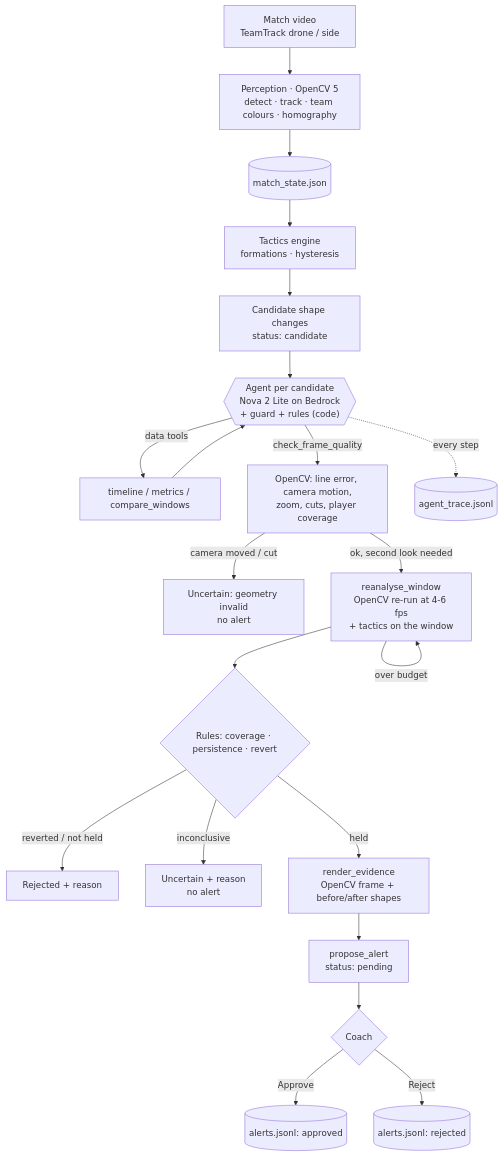
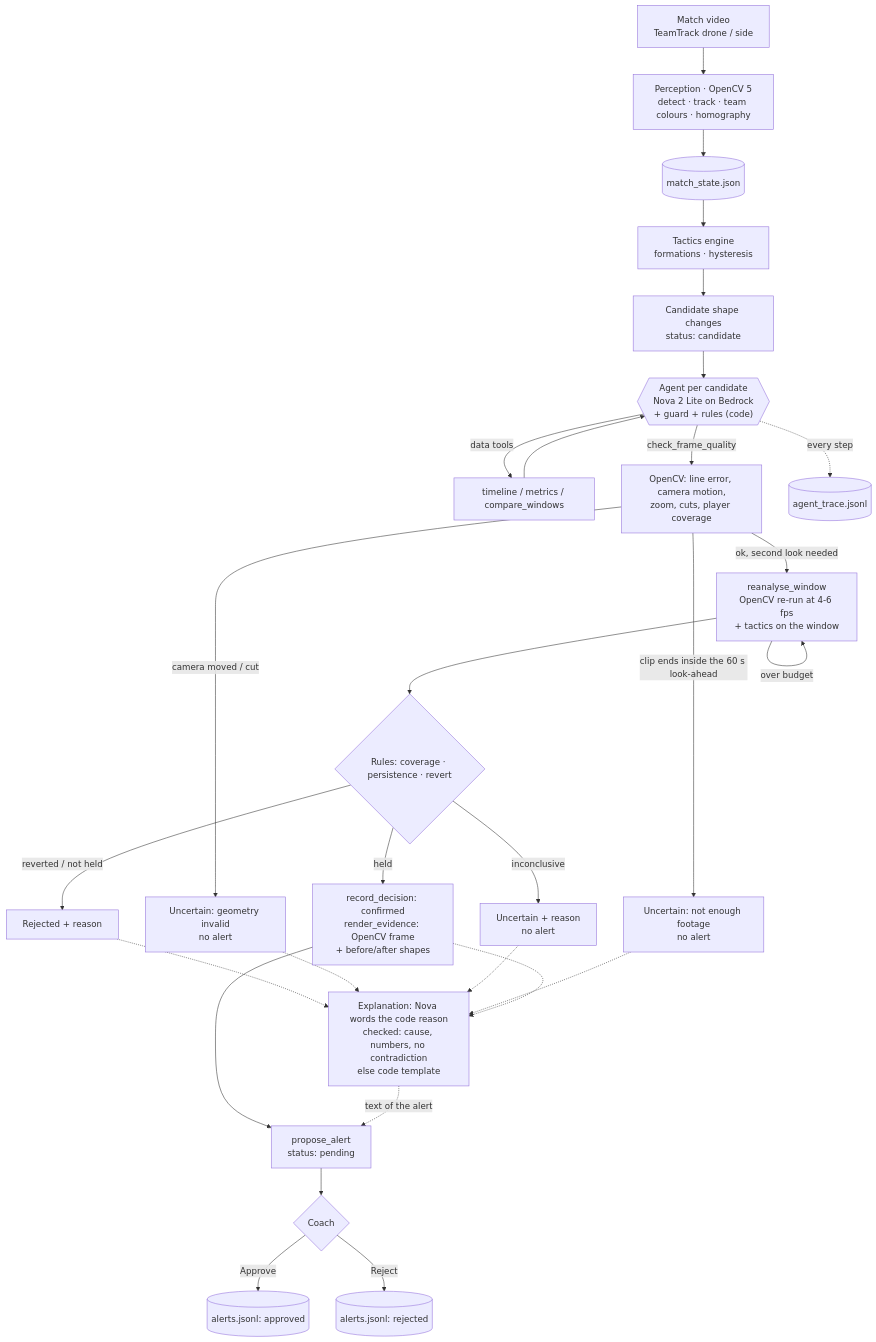
One commit to haiderchaudarry96-stack/Gaffer changed the diagram in docs/AGENT_DESIGN.md. Above: the diagram before and after it, drawn with Mermaid. The commit also changed other lines of this file and 15 other files, not shown here.

Commit message:
Phase 3 (step 7): checked explanations (7/14 -> 0/14 wrong), typical evidence panels, side reason, coach report, workflow diagram, trace examples, acceptance ticked; add samples/w900_1260 real outputs for the web app

````diff
--- a/docs/AGENT_DESIGN.md
+++ b/docs/AGENT_DESIGN.md
@@ -406,23 +409,26 @@
 ```mermaid
 flowchart TD
   V["Match video<br/>TeamTrack drone / side"] --> P["Perception · OpenCV 5<br/>detect · track · team colours · homography"]
   P --> MS[("match_state.json")]
   MS --> T["Tactics engine<br/>formations · hysteresis"]
   T --> C["Candidate shape changes<br/>status: candidate"]
   C --> L{{"Agent per candidate<br/>Nova 2 Lite on Bedrock<br/>+ guard + rules (code)"}}
   L -- "data tools" --> D["timeline / metrics / compare_windows"]
   D --> L
   L -- "check_frame_quality" --> Q["OpenCV: line error, camera motion,<br/>zoom, cuts, player coverage"]
   Q -- "camera moved / cut" --> U1["Uncertain: geometry invalid<br/>no alert"]
+  Q -- "clip ends inside the 60 s look-ahead" --> U3["Uncertain: not enough footage<br/>no alert"]
   Q -- "ok, second look needed" --> R["reanalyse_window<br/>OpenCV re-run at 4-6 fps<br/>+ tactics on the window"]
   R -- "over budget" --> R
   R --> K{"Rules: coverage · persistence · revert"}
   K -- "reverted / not held" --> RJ["Rejected + reason"]
   K -- "inconclusive" --> U2["Uncertain + reason<br/>no alert"]
-  K -- "held" --> E["render_evidence<br/>OpenCV frame + before/after shapes"]
+  K -- "held" --> E["record_decision: confirmed<br/>render_evidence: OpenCV frame<br/>+ before/after shapes"]
   E --> A["propose_alert<br/>status: pending"]
   A --> CO{"Coach"}
   CO -- "Approve" --> AP[("alerts.jsonl: approved")]
   CO -- "Reject" --> AR[("alerts.jsonl: rejected")]
+  RJ & U1 & U2 & U3 & E -.-> X["Explanation: Nova words the code reason<br/>checked: cause, numbers, no contradiction<br/>else code template"]
+  X -. "text of the alert" .-> A
   L -. "every step" .-> TR[("agent_trace.jsonl")]
 ```
````
